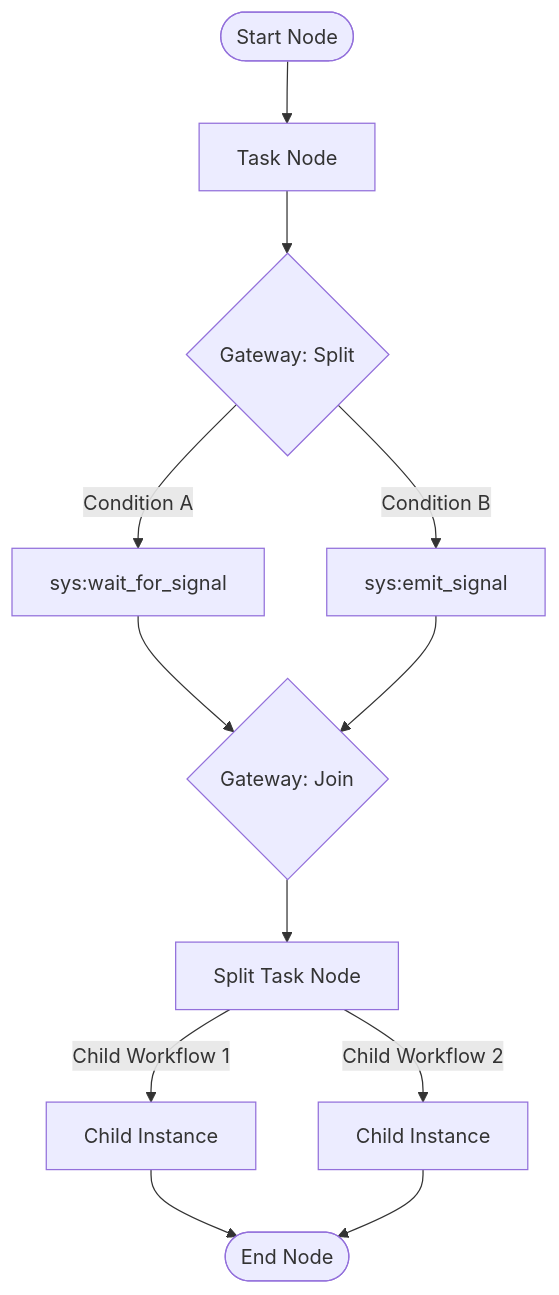
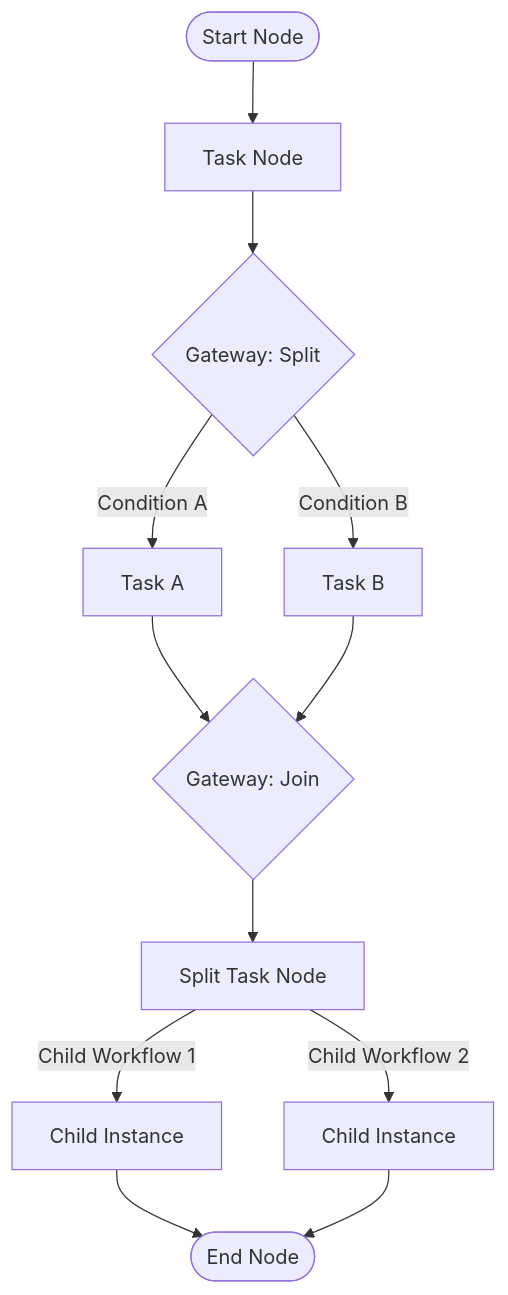
One commit to OpenNSW/go-temporal-workflow changed the diagram in README.md. Above: the diagram before and after it, drawn with Mermaid. The commit also changed other lines of this file, not shown here.

Commit message:
docs: Update README to focus on core split task without signaling

````diff
--- a/README.md
+++ b/README.md
@@ -23,14 +23,14 @@
 ```mermaid
 graph TD
     Start([Start Node]) --> Task1[Task Node]
     Task1 --> Gate1{Gateway: Split}
-    Gate1 -->|Condition A| TaskA[sys:wait_for_signal]
-    Gate1 -->|Condition B| TaskB[sys:emit_signal]
+    Gate1 -->|Condition A| TaskA[Task A]
+    Gate1 -->|Condition B| TaskB[Task B]
     TaskA --> Gate2{Gateway: Join}
     TaskB --> Gate2
     Gate2 --> Split1[Split Task Node]
     Split1 -->|Child Workflow 1| Child1[Child Instance]
     Split1 -->|Child Workflow 2| Child2[Child Instance]
     Child1 --> End([End Node])
     Child2 --> End
 ```
````
